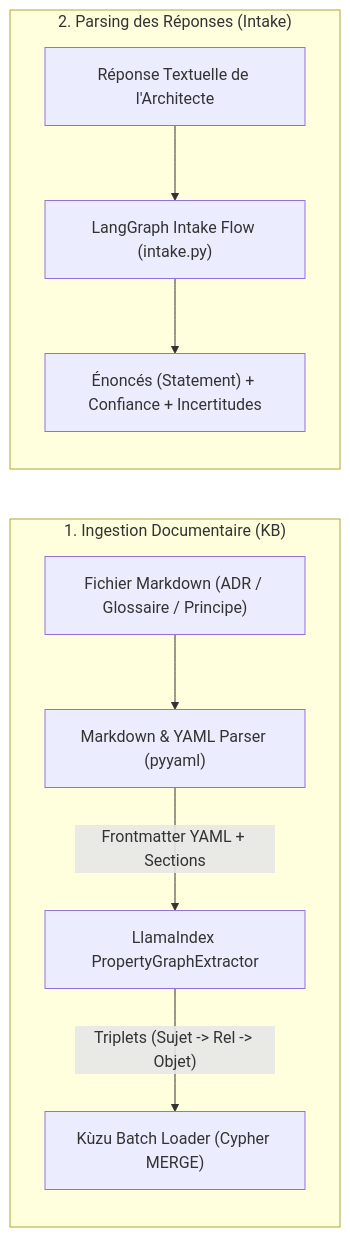
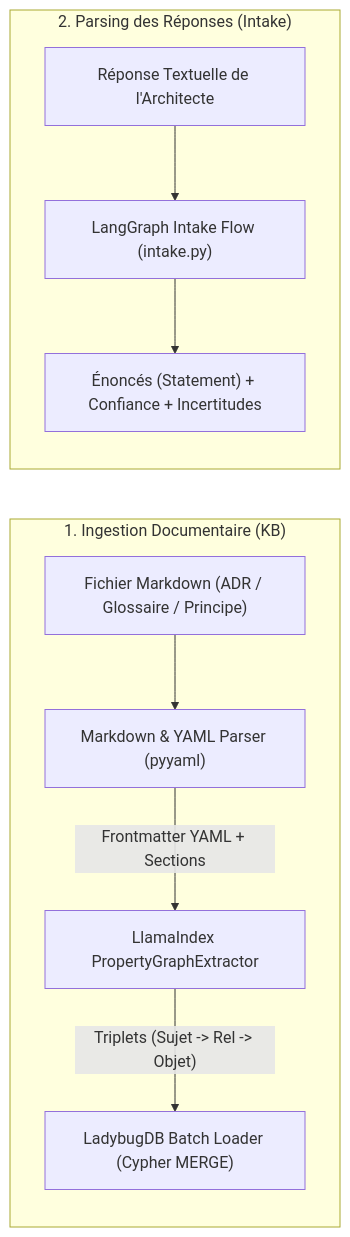
Before and after one commit to MauriceIsrael/LLMOps: the third of 4 diagrams in docs/architecture.md, drawn with Mermaid. The commit also changed other lines of this file and 35 other files, not shown here.

Commit message:
feat(palier1): complete ADR-0015 migration, sealed snapshots, LadybugDB integration & purge legacy Kùzu references

````diff
--- a/docs/architecture.md
+++ b/docs/architecture.md
@@ -152,22 +144,22 @@
 ```mermaid
 flowchart LR
     subgraph Step1 ["1. Ingestion Documentaire (KB)"]
         MD_FILE["Fichier Markdown (ADR / Glossaire / Principe)"]
         PARSER["Markdown & YAML Parser (pyyaml)"]
         EXTRACTOR["LlamaIndex PropertyGraphExtractor"]
-        KUZU_LOADER["Kùzu Batch Loader (Cypher MERGE)"]
+        LADYBUG_LOADER["LadybugDB Batch Loader (Cypher MERGE)"]
         
         MD_FILE --> PARSER
         PARSER -->|"Frontmatter YAML + Sections"| EXTRACTOR
-        EXTRACTOR -->|"Triplets (Sujet -> Rel -> Objet)"| KUZU_LOADER
+        EXTRACTOR -->|"Triplets (Sujet -> Rel -> Objet)"| LADYBUG_LOADER
     end
 
     subgraph Step2 ["2. Parsing des Réponses (Intake)"]
         ANS_TEXT["Réponse Textuelle de l'Architecte"]
         INTAKE_GRAPH["LangGraph Intake Flow (intake.py)"]
         STMTS["Énoncés (Statement) + Confiance + Incertitudes"]
         
         ANS_TEXT --> INTAKE_GRAPH
         INTAKE_GRAPH --> STMTS
     end
 ```
````
